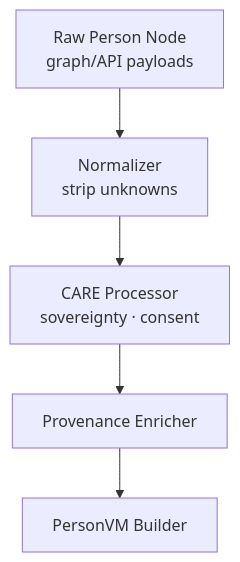
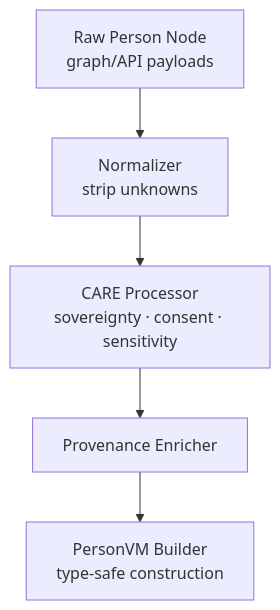
The second of 4 diagrams in web/src/entities/people/README.md (bartytime4life/Kansas-Frontier-Matrix), drawn with Mermaid before and after one commit. The commit also changed other lines of this file, not shown here.

````diff
--- a/web/src/entities/people/README.md
+++ b/web/src/entities/people/README.md
@@ -124,7 +216,7 @@
-```mermaid
+~~~mermaid
 flowchart TD
     PRAW[Raw Person Node<br/>graph/API payloads] --> CLEAN[Normalizer<br/>strip unknowns]
-    CLEAN --> CAREPROC[CARE Processor<br/>sovereignty · consent]
+    CLEAN --> CAREPROC[CARE Processor<br/>sovereignty · consent · sensitivity]
     CAREPROC --> PROV[Provenance Enricher]
-    PROV --> VM[PersonVM Builder]
-```
+    PROV --> VM[PersonVM Builder<br/>type-safe construction]
+~~~
````
